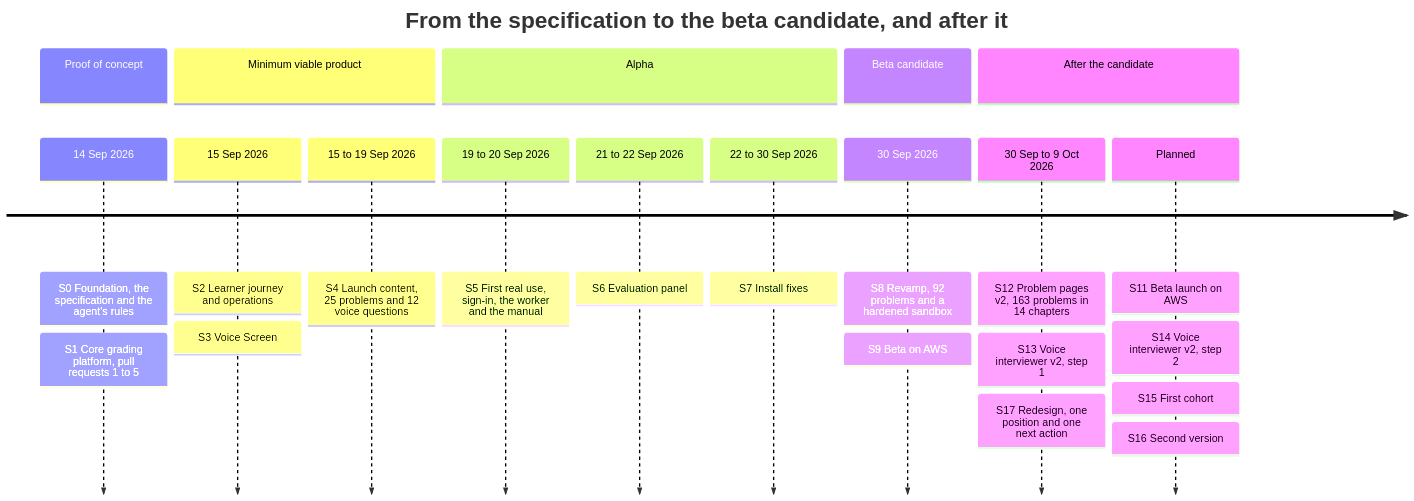
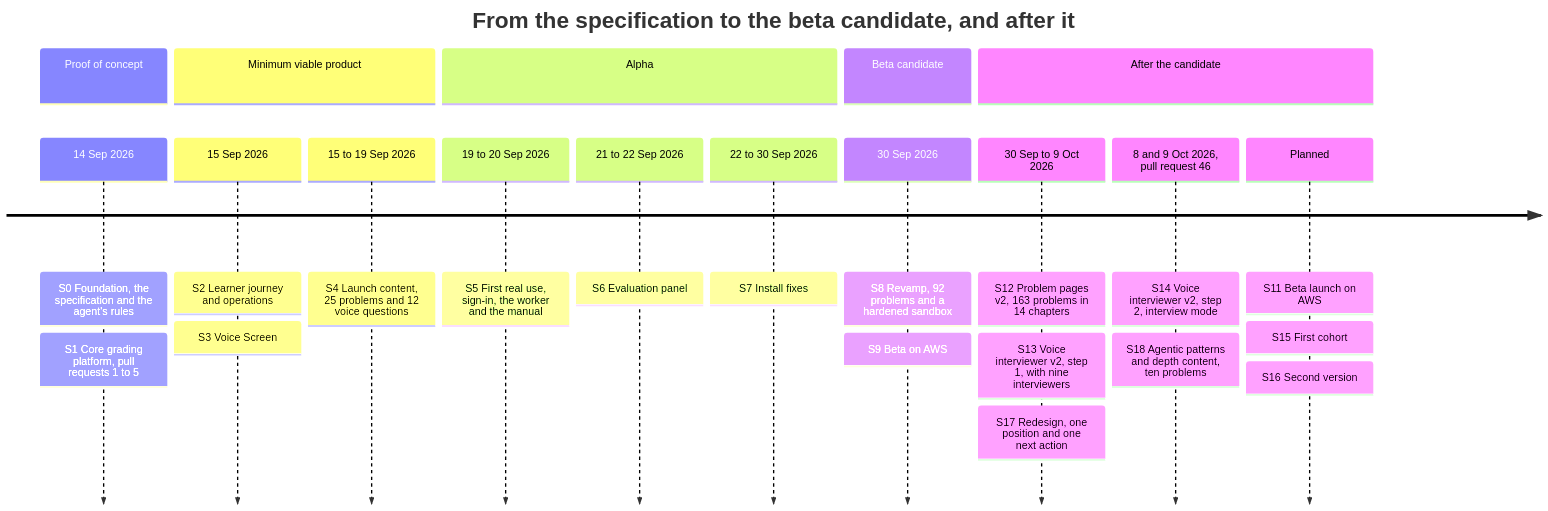
One commit to fde-academy-lab/fdeprep changed the first of 12 diagrams in README.md. Above: the diagram before and after it, drawn with Mermaid. The commit also changed other lines of this file and 14 other files, not shown here.

First line of the commit message:
Refresh the README for pull request 46: interview mode, nine interviewers and ten problems

````diff
--- a/README.md
+++ b/README.md
@@ -150,26 +160,27 @@
 ```mermaid
 timeline
   title From the specification to the beta candidate, and after it
   section Proof of concept
     14 Sep 2026 : S0 Foundation, the specification and the agent's rules
                 : S1 Core grading platform, pull requests 1 to 5
   section Minimum viable product
     15 Sep 2026 : S2 Learner journey and operations
                 : S3 Voice Screen
     15 to 19 Sep 2026 : S4 Launch content, 25 problems and 12 voice questions
   section Alpha
     19 to 20 Sep 2026 : S5 First real use, sign-in, the worker and the manual
     21 to 22 Sep 2026 : S6 Evaluation panel
     22 to 30 Sep 2026 : S7 Install fixes
   section Beta candidate
     30 Sep 2026 : S8 Revamp, 92 problems and a hardened sandbox
                 : S9 Beta on AWS
   section After the candidate
     30 Sep to 9 Oct 2026 : S12 Problem pages v2, 163 problems in 14 chapters
-                         : S13 Voice interviewer v2, step 1
+                         : S13 Voice interviewer v2, step 1, with nine interviewers
                          : S17 Redesign, one position and one next action
+    8 and 9 Oct 2026, pull request 46 : S14 Voice interviewer v2, step 2, interview mode
+                                      : S18 Agentic patterns and depth content, ten problems
     Planned : S11 Beta launch on AWS
-            : S14 Voice interviewer v2, step 2
             : S15 First cohort
             : S16 Second version
 ```
````
